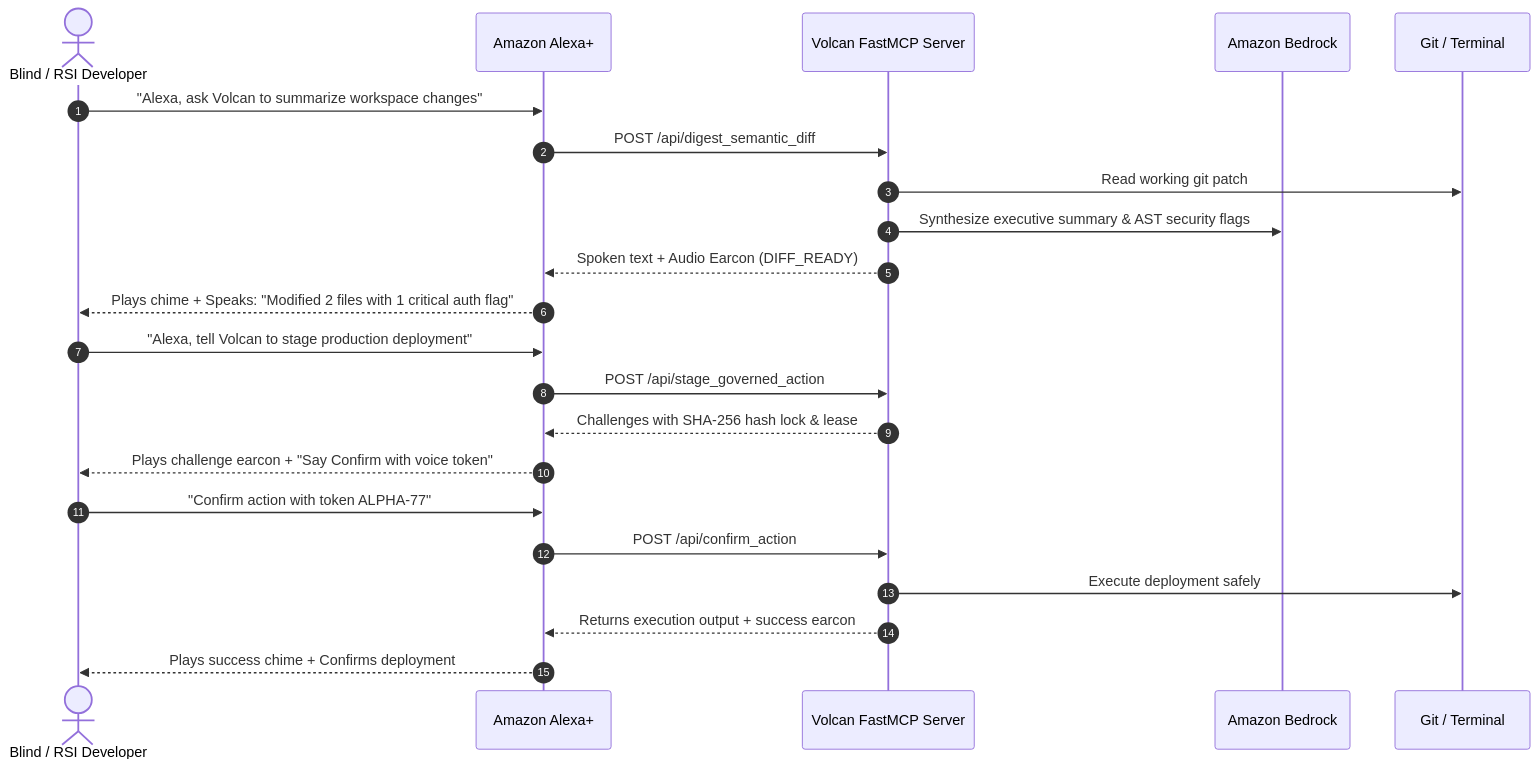
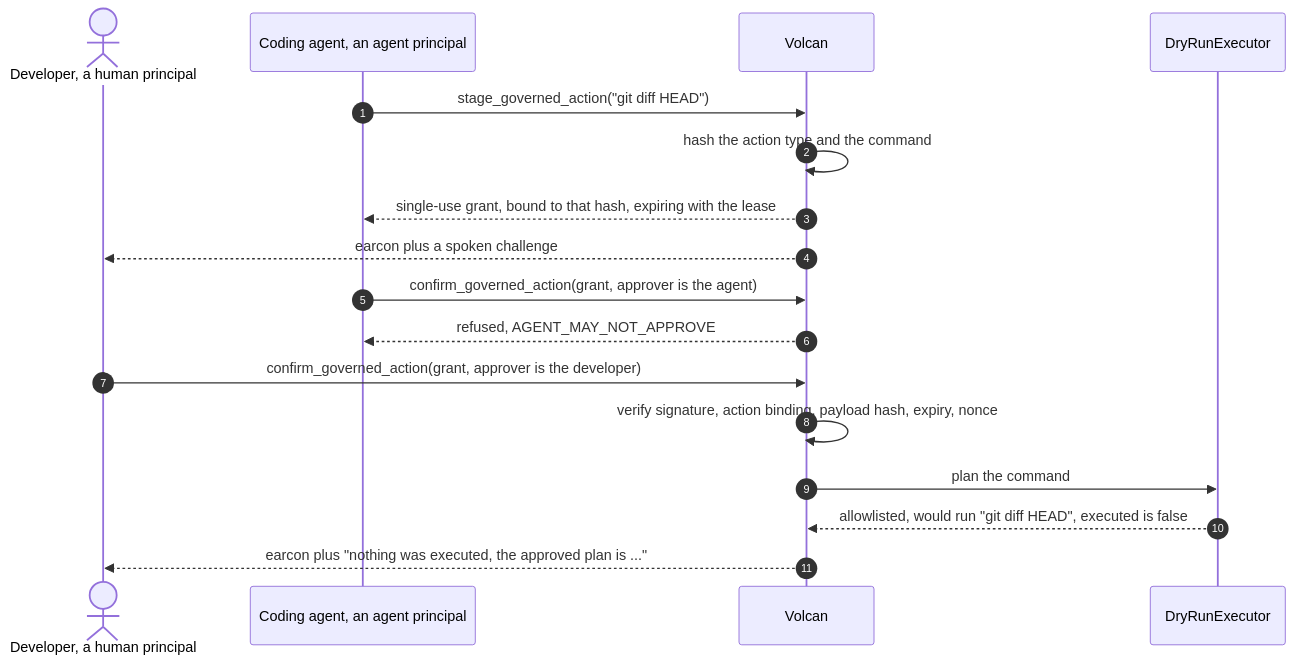
Before and after one commit to upgradedev/volcan_amazon: the second of 2 diagrams in README.md, drawn with Mermaid. The commit also changed other lines of this file and 9 other files, not shown here.

````diff
--- a/README.md
+++ b/README.md
@@ -77,27 +137,22 @@
 ```mermaid
 sequenceDiagram
     autonumber
-    actor Dev as Blind / RSI Developer
-    participant Alexa as Amazon Alexa+
-    participant MCP as Volcan FastMCP Server
-    participant Bedrock as Amazon Bedrock
-    participant Git as Git / Terminal
+    actor Dev as Developer, a human principal
+    participant Agent as Coding agent, an agent principal
+    participant Volcan as Volcan
+    participant Planner as DryRunExecutor
 
-    Dev->>Alexa: "Alexa, ask Volcan to summarize workspace changes"
-    Alexa->>MCP: POST /api/digest_semantic_diff
-    MCP->>Git: Read working git patch
-    MCP->>Bedrock: Synthesize executive summary & AST security flags
-    MCP-->>Alexa: Spoken text + Audio Earcon (DIFF_READY)
-    Alexa-->>Dev: Plays chime + Speaks: "Modified 2 files with 1 critical auth flag"
+    Agent->>Volcan: stage_governed_action("git diff HEAD")
+    Volcan->>Volcan: hash the action type and the command
+    Volcan-->>Agent: single-use grant, bound to that hash, expiring with the lease
+    Volcan-->>Dev: earcon plus a spoken challenge
 
-    Dev->>Alexa: "Alexa, tell Volcan to stage production deployment"
-    Alexa->>MCP: POST /api/stage_governed_action
-    MCP-->>Alexa: Challenges with SHA-256 hash lock & lease
-    Alexa-->>Dev: Plays challenge earcon + "Say Confirm with voice token"
+    Agent->>Volcan: confirm_governed_action(grant, approver is the agent)
+    Volcan-->>Agent: refused, AGENT_MAY_NOT_APPROVE
 
-    Dev->>Alexa: "Confirm action with token ALPHA-77"
-    Alexa->>MCP: POST /api/confirm_action
-    MCP->>Git: Execute deployment safely
-    MCP-->>Alexa: Returns execution output + success earcon
-    Alexa-->>Dev: Plays success chime + Confirms deployment
+    Dev->>Volcan: confirm_governed_action(grant, approver is the developer)
+    Volcan->>Volcan: verify signature, action binding, payload hash, expiry, nonce
+    Volcan->>Planner: plan the command
+    Planner-->>Volcan: allowlisted, would run "git diff HEAD", executed is false
+    Volcan-->>Dev: earcon plus "nothing was executed, the approved plan is ..."
 ```
````
